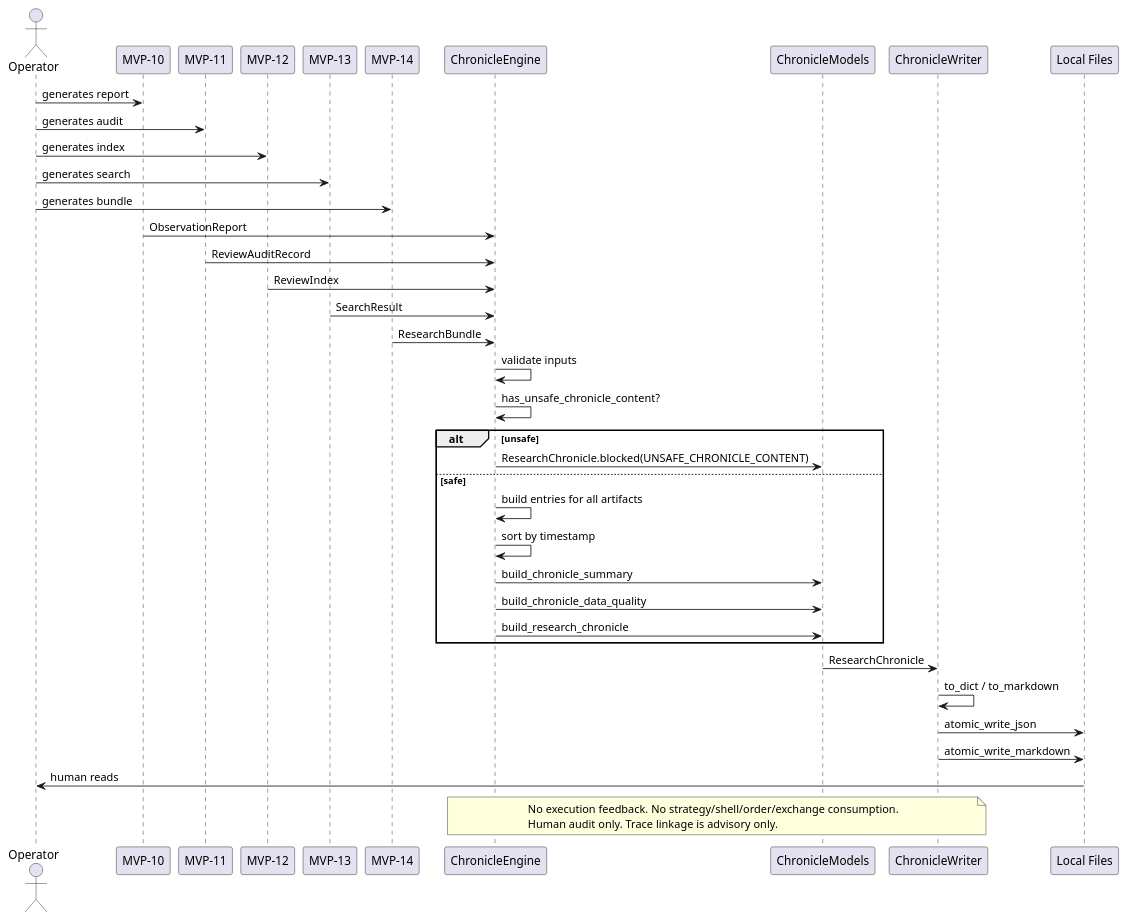
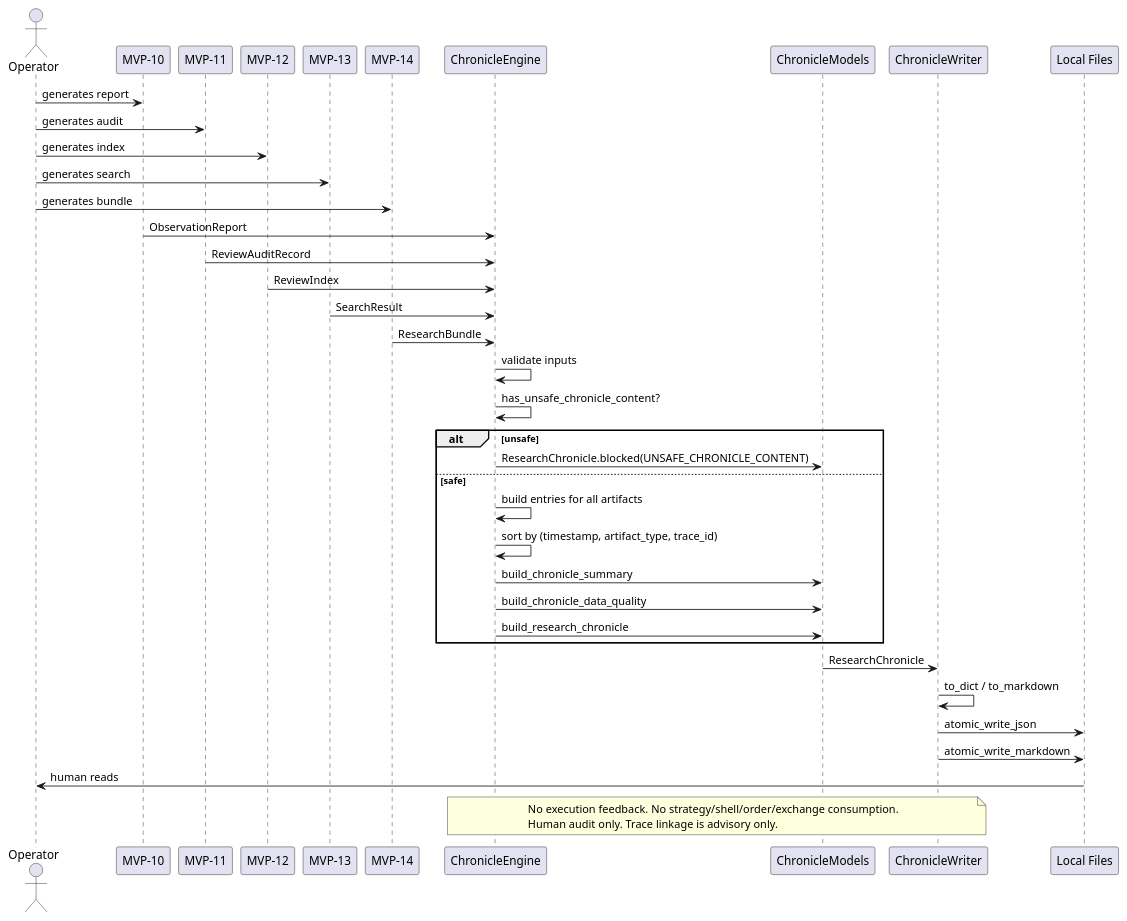
One commit to volkanmidilli/hunter-futures-pro changed the second of 2 diagrams in specs/SPEC-016-Local-Research-Chronicle-Audit-Timeline.md. Above: the diagram before and after it, drawn with PlantUML. The commit also changed other lines of this file, not shown here.

````diff
--- a/specs/SPEC-016-Local-Research-Chronicle-Audit-Timeline.md
+++ b/specs/SPEC-016-Local-Research-Chronicle-Audit-Timeline.md
@@ -385,49 +478,49 @@
 ```plantuml
 @startuml
 actor Operator
 participant "MVP-10" as Obs
 participant "MVP-11" as Rev
 participant "MVP-12" as Idx
 participant "MVP-13" as Srch
 participant "MVP-14" as Bndl
 participant "ChronicleEngine" as Eng
 participant "ChronicleModels" as Mdl
 participant "ChronicleWriter" as Wrt
 participant "Local Files" as Files
 
 Operator -> Obs : generates report
 Operator -> Rev : generates audit
 Operator -> Idx : generates index
 Operator -> Srch : generates search
 Operator -> Bndl : generates bundle
 
 Obs -> Eng : ObservationReport
 Rev -> Eng : ReviewAuditRecord
 Idx -> Eng : ReviewIndex
 Srch -> Eng : SearchResult
 Bndl -> Eng : ResearchBundle
 
 Eng -> Eng : validate inputs
 Eng -> Eng : has_unsafe_chronicle_content?
 alt unsafe
     Eng -> Mdl : ResearchChronicle.blocked(UNSAFE_CHRONICLE_CONTENT)
 else safe
     Eng -> Eng : build entries for all artifacts
-    Eng -> Eng : sort by timestamp
+    Eng -> Eng : sort by (timestamp, artifact_type, trace_id)
     Eng -> Mdl : build_chronicle_summary
     Eng -> Mdl : build_chronicle_data_quality
     Eng -> Mdl : build_research_chronicle
 end
 
 Mdl -> Wrt : ResearchChronicle
 Wrt -> Wrt : to_dict / to_markdown
 Wrt -> Files : atomic_write_json
 Wrt -> Files : atomic_write_markdown
 Files -> Operator : human reads
 
 note over Eng, Wrt
   No execution feedback. No strategy/shell/order/exchange consumption.
   Human audit only. Trace linkage is advisory only.
 end note
 @enduml
 ```
````
